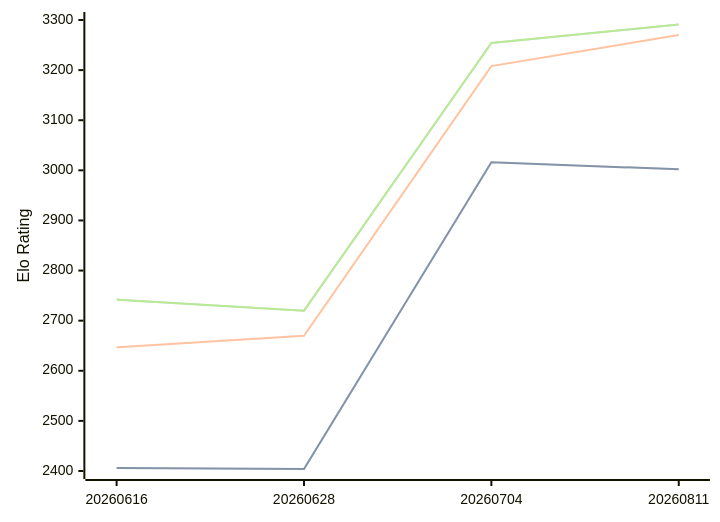
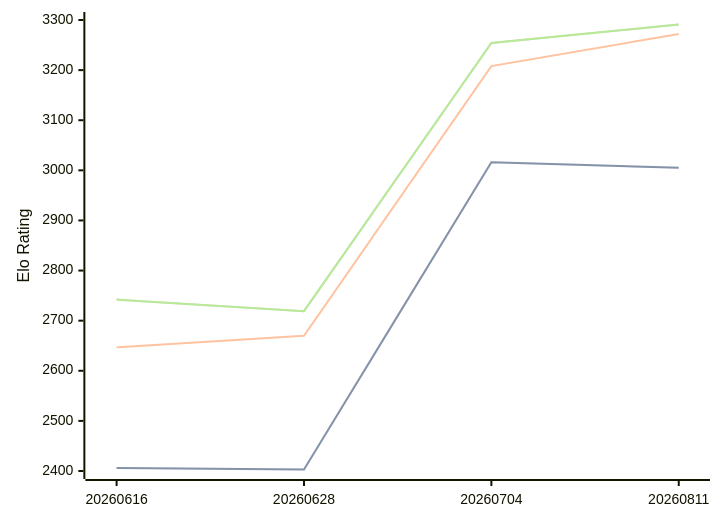
Before and after one commit to computer-chess-index/cci: the diagram in engines/Askaig.md, drawn with Mermaid. The commit also changed other lines of this file, not shown here.

Commit message:
Update CCI Ratings (ELO VLTC) - 2026-08-28

````diff
--- a/engines/Askaig.md
+++ b/engines/Askaig.md
@@ -36,11 +36,11 @@
 ```mermaid
 %%{init: {"theme":"base","themeVariables":{"seriesColors:['#a3a3a3','#222221','#faa371']}}}%%
 xychart-beta
   x-axis ["20260616", "20260628", "20260704", "20260811"]
   y-axis "Elo Rating" 2400 --> 3300
-  line "" [2406, 2404, 3016, 3002]
-  line "STC (8.0+0.08s)" [2406, 2404, 3016, 3002]
-  line "LTC (60.0+0.60s)" [2647, 2670, 3208, 3270]
-  line "" [2742, 2720, 3254, 3291]
-  line "VLTC (2m24s+1.12s)" [2742, 2720, 3254, 3291]
+  line "" [2406, 2403, 3016, 3005]
+  line "STC (8.0+0.08s)" [2406, 2403, 3016, 3005]
+  line "LTC (60.0+0.60s)" [2647, 2670, 3208, 3272]
+  line "" [2742, 2719, 3254, 3291]
+  line "VLTC (2m24s+1.12s)" [2742, 2719, 3254, 3291]
 ```
````
